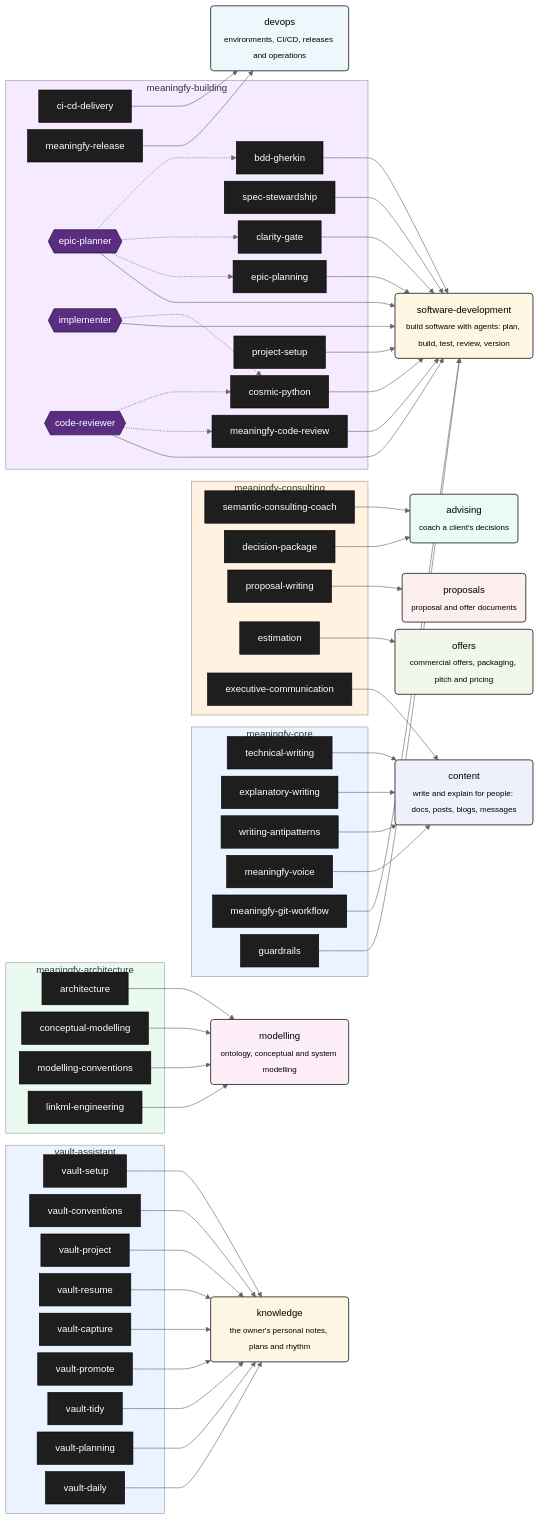
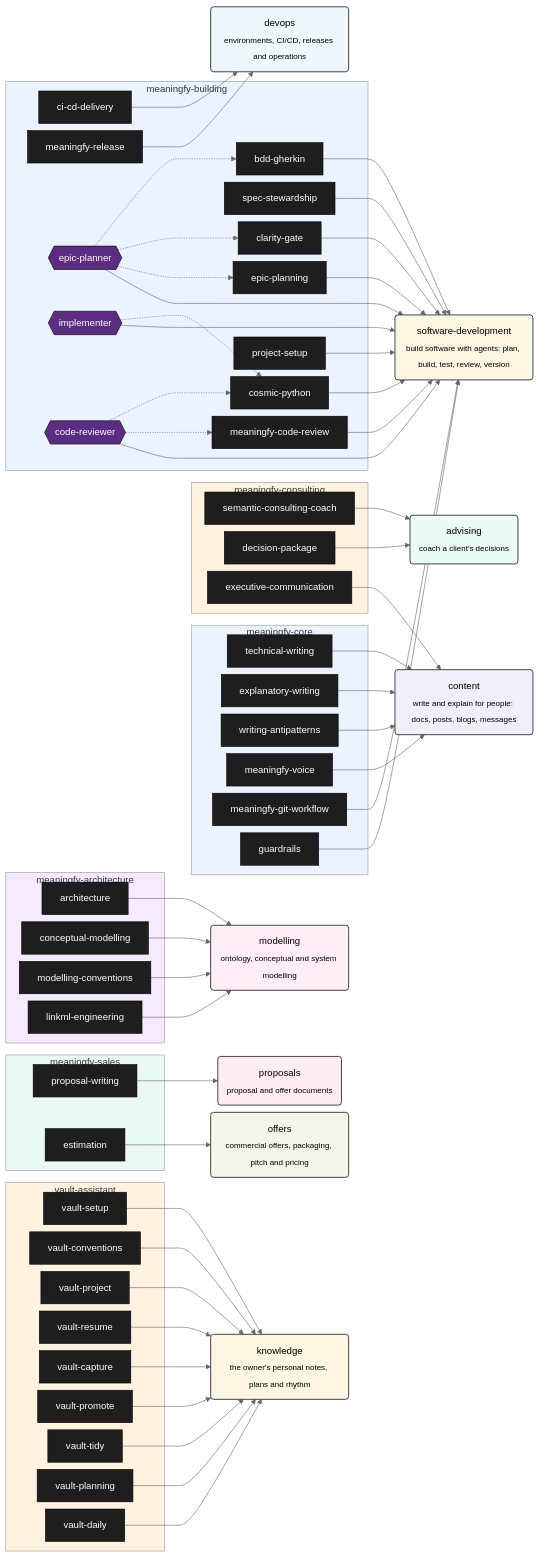
One commit to meaningfy-ws/skillery changed the first of 3 diagrams in docs/skill-inventory.md. Above: the diagram before and after it, drawn with Mermaid (neutral theme). The commit also changed other lines of this file and 12 other files, not shown here.

First line of the commit message:
feat(bundles): move proposal-writing and estimation to meaningfy-sales

```diff
--- a/docs/skill-inventory.md
+++ b/docs/skill-inventory.md
@@ -25,9 +25,11 @@
   subgraph b_meaningfy_consulting["meaningfy-consulting"]
     s_semantic_consulting_coach["semantic-consulting-coach"]
     s_decision_package["decision-package"]
+    s_executive_communication["executive-communication"]
+  end
+  subgraph b_meaningfy_sales["meaningfy-sales"]
     s_proposal_writing["proposal-writing"]
     s_estimation["estimation"]
-    s_executive_communication["executive-communication"]
   end
   subgraph b_meaningfy_architecture["meaningfy-architecture"]
     s_architecture["architecture"]
@@ -116,9 +118,10 @@
 
   style b_meaningfy_core fill:#eaf3ff,stroke:#999,stroke-width:1px
   style b_meaningfy_consulting fill:#fff2e0,stroke:#999,stroke-width:1px
-  style b_meaningfy_architecture fill:#eafaf0,stroke:#999,stroke-width:1px
-  style b_meaningfy_building fill:#f5eaff,stroke:#999,stroke-width:1px
-  style b_vault_assistant fill:#eaf3ff,stroke:#999,stroke-width:1px
+  style b_meaningfy_sales fill:#eafaf0,stroke:#999,stroke-width:1px
+  style b_meaningfy_architecture fill:#f5eaff,stroke:#999,stroke-width:1px
+  style b_meaningfy_building fill:#eaf3ff,stroke:#999,stroke-width:1px
+  style b_vault_assistant fill:#fff2e0,stroke:#999,stroke-width:1px
   style p_software_development fill:#fdf6e3,color:#000000,stroke:#333,stroke-width:1.5px
   style p_modelling fill:#fdeef7,color:#000000,stroke:#333,stroke-width:1.5px
   style p_advising fill:#eafaf5,color:#000000,stroke:#333,stroke-width:1.5px
```
